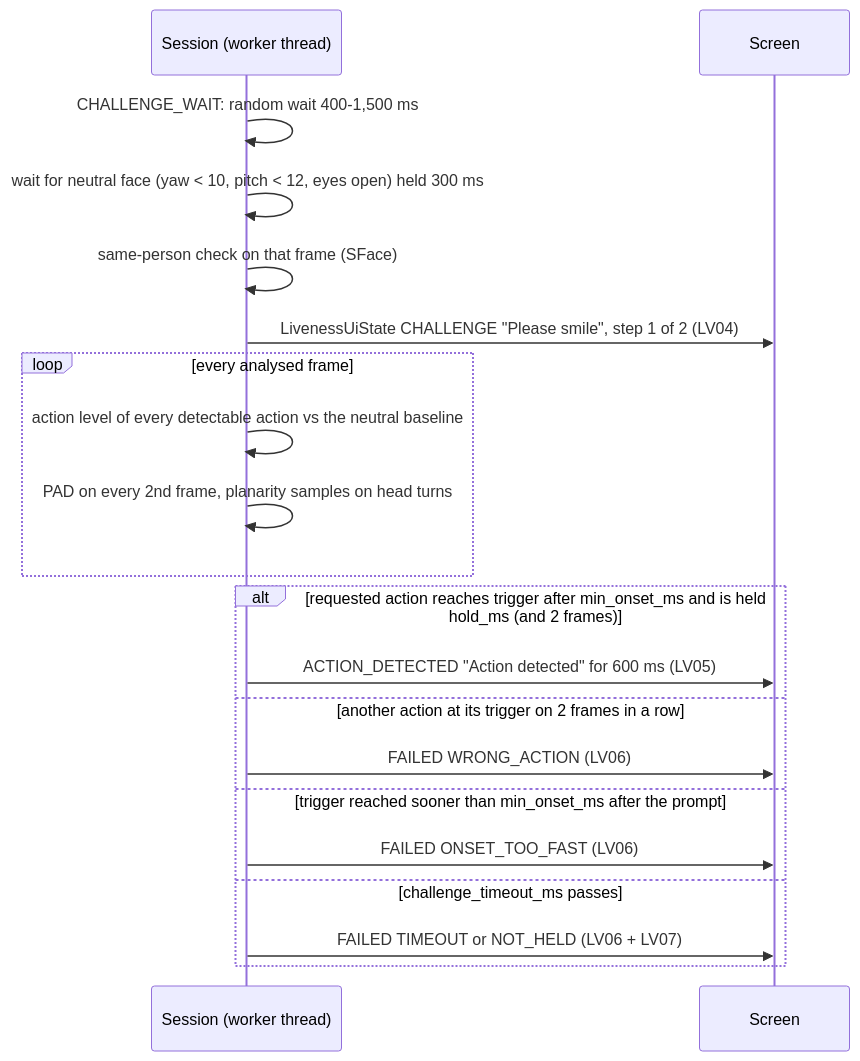
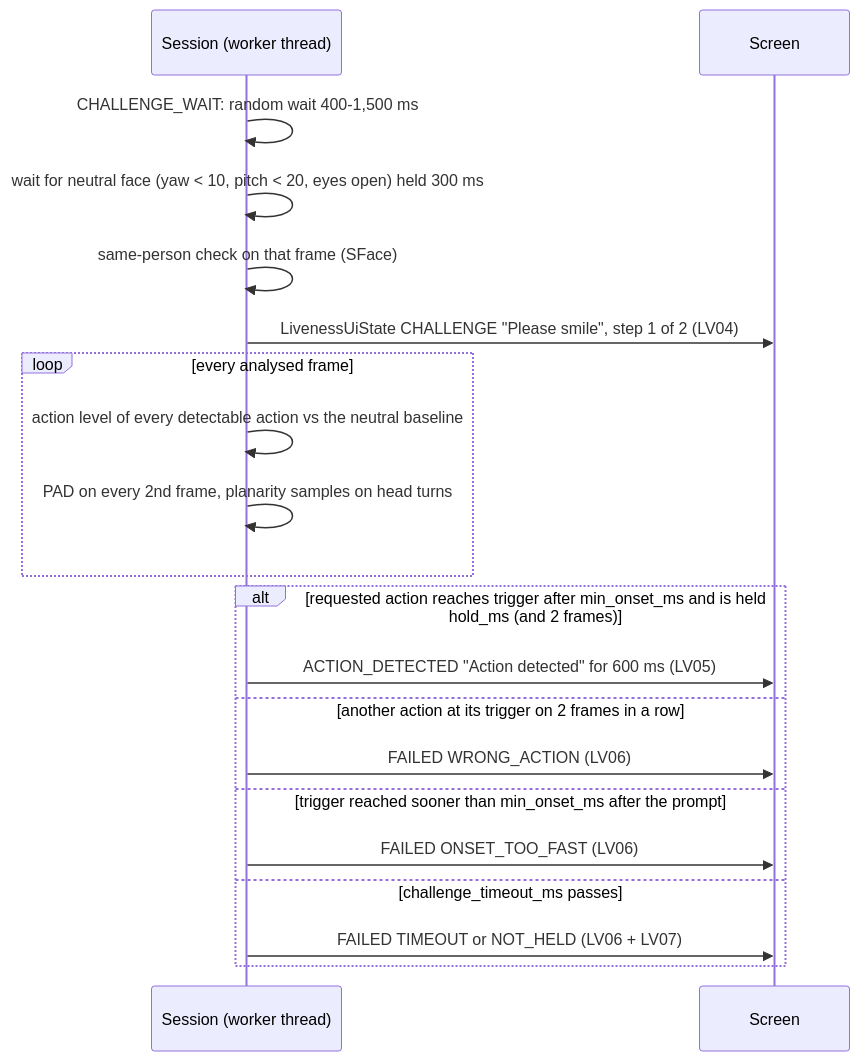
Before and after one commit to Paradox-73/Face_Liveness_Detection_and_Presentation_Attack_Detection: the second of 2 diagrams in docs/design/challenges.md, drawn with Mermaid. The commit also changed other lines of this file and 47 other files, not shown here.

````diff
--- a/docs/design/challenges.md
+++ b/docs/design/challenges.md
@@ -58,22 +59,22 @@
 ```mermaid
 sequenceDiagram
   participant S as Session (worker thread)
   participant UI as Screen
   S->>S: CHALLENGE_WAIT: random wait 400-1,500 ms
-  S->>S: wait for neutral face (yaw < 10, pitch < 12, eyes open) held 300 ms
+  S->>S: wait for neutral face (yaw < 10, pitch < 20, eyes open) held 300 ms
   S->>S: same-person check on that frame (SFace)
   S->>UI: LivenessUiState CHALLENGE "Please smile", step 1 of 2 (LV04)
   loop every analysed frame
     S->>S: action level of every detectable action vs the neutral baseline
     S->>S: PAD on every 2nd frame, planarity samples on head turns
   end
   alt requested action reaches trigger after min_onset_ms and is held hold_ms (and 2 frames)
     S->>UI: ACTION_DETECTED "Action detected" for 600 ms (LV05)
   else another action at its trigger on 2 frames in a row
     S->>UI: FAILED WRONG_ACTION (LV06)
   else trigger reached sooner than min_onset_ms after the prompt
     S->>UI: FAILED ONSET_TOO_FAST (LV06)
   else challenge_timeout_ms passes
     S->>UI: FAILED TIMEOUT or NOT_HELD (LV06 + LV07)
   end
 ```
````
